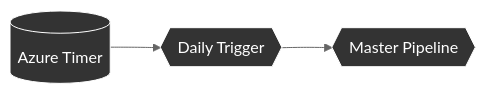
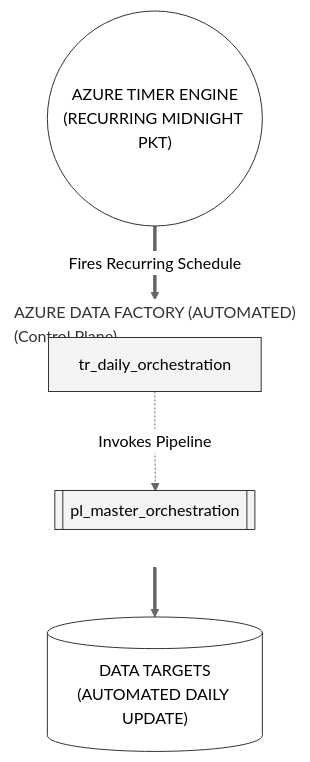
Before and after one commit to hamdahiqbal/ADF-Capstone-Project: diagram 13 of 14 in README.md, drawn with Mermaid (neutral theme). The commit also changed other lines of this file, not shown here.

````diff
--- a/README.md
+++ b/README.md
@@ -285,8 +1149,23 @@
 ```mermaid
-graph LR
-    Timer[("Azure Timer")] --> Trigger{{"Daily Trigger"}} --> Master{{"Master Pipeline"}}
+flowchart TD
+    Clock(("AZURE TIMER ENGINE<br>(RECURRING MIDNIGHT PKT)"))
     
-    style Timer fill:#333,stroke:#fff,color:#fff
-    style Trigger fill:#333,stroke:#fff,color:#fff
-    style Master fill:#333,stroke:#fff,color:#fff
+    subgraph ADF ["AZURE DATA FACTORY (AUTOMATED)<br>(Control Plane)"]
+        direction TB
+        Trigger["tr_daily_orchestration"]
+        Master[["pl_master_orchestration"]]
+        
+        Trigger -.->|Invokes Pipeline| Master
+    end
+
+    Target[("DATA TARGETS<br>(AUTOMATED DAILY UPDATE)")]
+
+    Clock ==>|Fires Recurring Schedule| Trigger
+    Master ==> Target
+
+    style Clock fill:#ffffff,stroke:#333,color:#000
+    style ADF fill:none,stroke:#ffffff,stroke-width:2px,stroke-dasharray: 4 4
+    style Trigger fill:#f3f4f6,stroke:#333,color:#000
+    style Master fill:#f3f4f6,stroke:#333,color:#000
+    style Target fill:#ffffff,stroke:#333,color:#000
 ```
````
